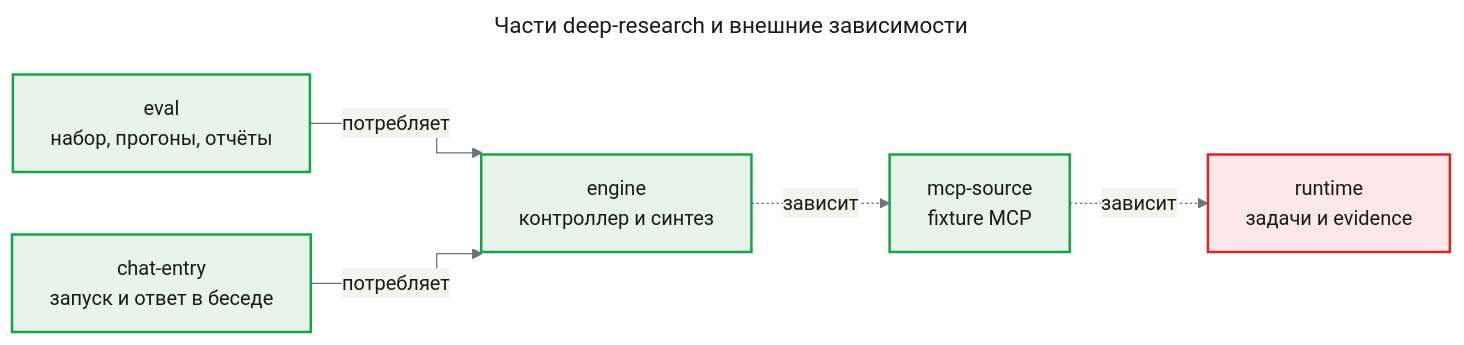
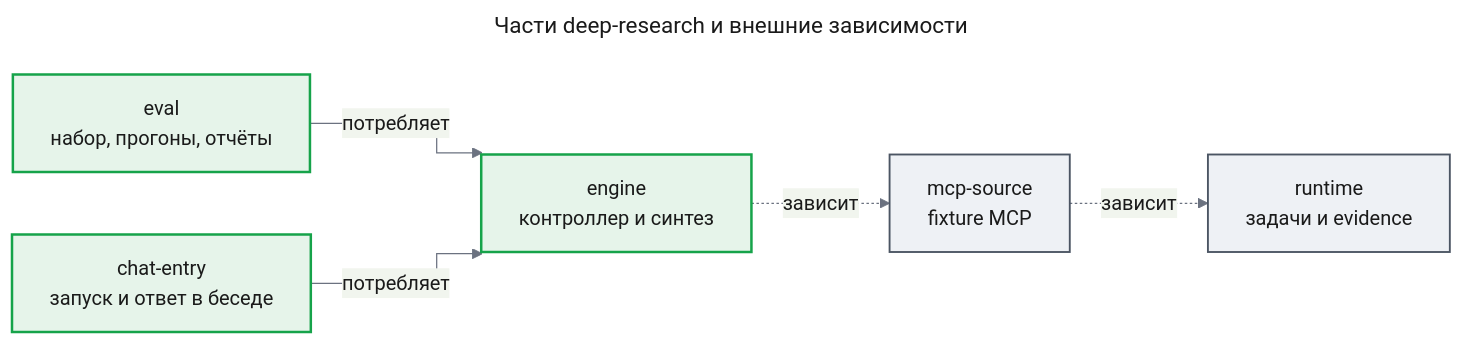
One commit to tundraray/agent-os changed the second of 2 diagrams in docs/features/deep-research/prd.md. Above: the diagram before and after it, drawn with Mermaid. The commit also changed other lines of this file, not shown here.

````diff
--- a/docs/features/deep-research/prd.md
+++ b/docs/features/deep-research/prd.md
@@ -255,30 +255,29 @@
 ```mermaid
 ---
 title: "Части deep-research и внешние зависимости"
 config:
   theme: base
   look: classic
   themeVariables:
     primaryColor: "#eef1f5"
     primaryBorderColor: "#4b5563"
     primaryTextColor: "#1a1a1a"
     lineColor: "#6b7280"
   flowchart:
     curve: step
 ---
 flowchart LR
     eval["eval<br/>набор, прогоны, отчёты"]
     chat["chat-entry<br/>запуск и ответ в беседе"]
     engine["engine<br/>контроллер и синтез"]
     mcp["mcp-source<br/>fixture MCP"]
     runtime["runtime<br/>задачи и evidence"]
     eval -->|"потребляет"| engine
     chat -->|"потребляет"| engine
     engine -.->|"зависит"| mcp
     mcp -.->|"зависит"| runtime
     classDef new fill:#e6f4ea,stroke:#16a34a,stroke-width:2px,color:#1a1a1a
-    classDef changed fill:#fde8e8,stroke:#dc2626,stroke-width:2px,color:#1a1a1a
     classDef unchanged fill:#eef1f5,stroke:#4b5563,stroke-width:1.5px,color:#1a1a1a
-    class eval,chat,engine,mcp new
-    class runtime changed
+    class eval,chat,engine new
+    class mcp,runtime unchanged
 ```
````
